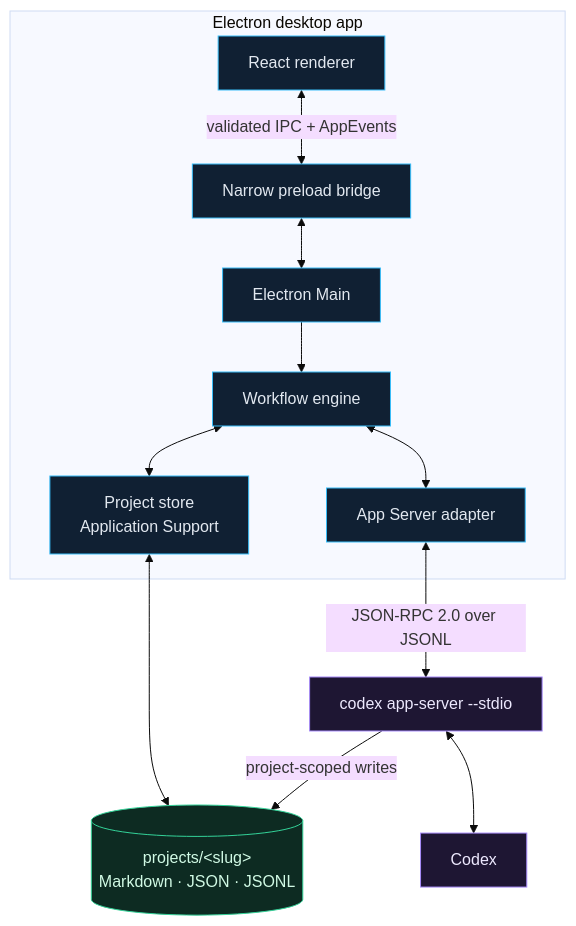
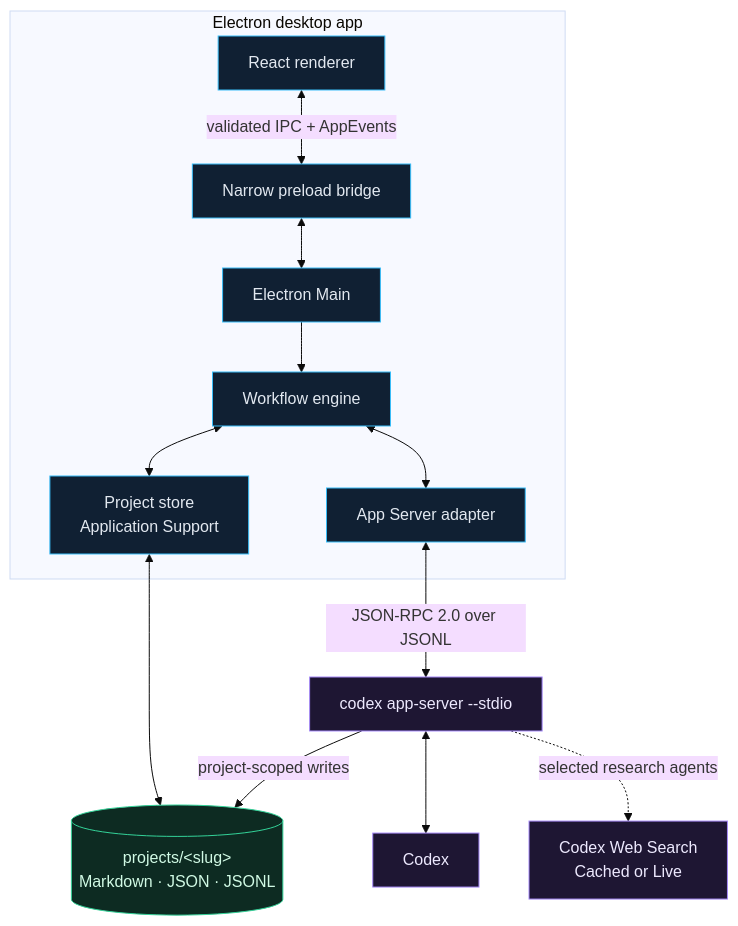
The third of 4 diagrams in README.md (phillippbertram/codex-app-server-shark-tank), drawn with Mermaid (base theme) before and after one commit. The commit also changed other lines of this file and 16 other files, not shown here.

Commit message:
feat(research): add configurable Web Search per agent

````diff
--- a/README.md
+++ b/README.md
@@ -129,33 +129,35 @@
 ```mermaid
 flowchart TB
     subgraph desktop[Electron desktop app]
         renderer["React renderer"]
         preload["Narrow preload bridge"]
         main["Electron Main"]
         engine["Workflow engine"]
         store["Project store<br/>Application Support"]
         adapter["App Server adapter"]
 
         renderer <-->|"validated IPC + AppEvents"| preload
         preload <--> main
         main --> engine
         engine <--> store
         engine <--> adapter
     end
 
     server["codex app-server --stdio"]
     codex["Codex"]
+    web["Codex Web Search<br/>Cached or Live"]
     files[("projects/&lt;slug&gt;<br/>Markdown · JSON · JSONL")]
 
     adapter <-->|"JSON-RPC 2.0 over JSONL"| server
     server <--> codex
+    server -.->|"selected research agents"| web
     store <--> files
     server -->|"project-scoped writes"| files
 
     classDef app fill:#102033,stroke:#38bdf8,color:#e2e8f0
     classDef protocol fill:#1e1633,stroke:#a78bfa,color:#ede9fe
     classDef data fill:#0d2b22,stroke:#34d399,color:#d1fae5
     class renderer,preload,main,engine,store,adapter app
-    class server,codex protocol
+    class server,codex,web protocol
     class files data
 ```
````
